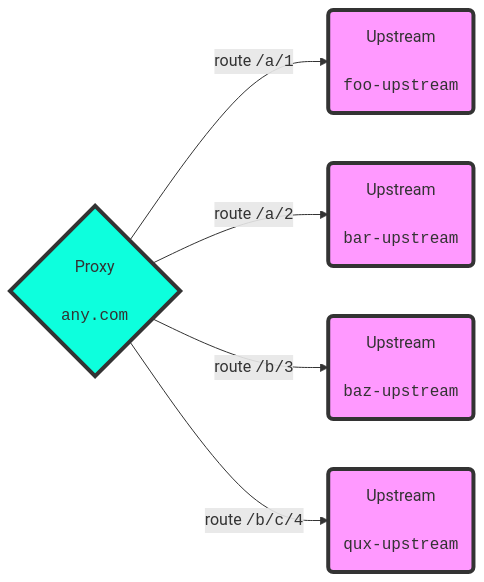
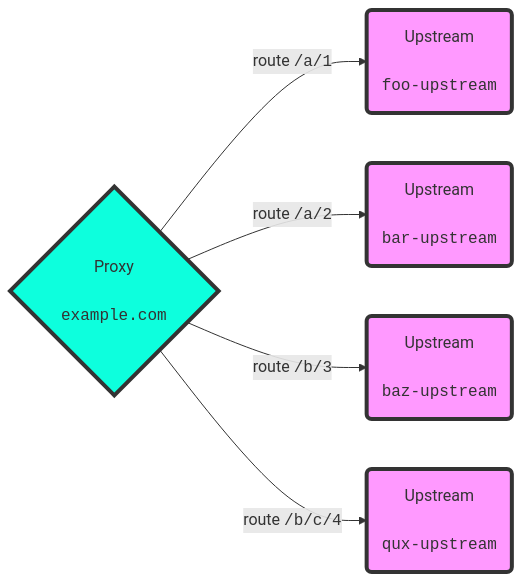
One commit to solo-io/gloo changed the eighth of 10 diagrams in docs/content/gloo_routing/virtual_services/delegation/_index.md. Above: the diagram before and after it, drawn with Mermaid. The commit also changed other lines of this file, not shown here.

First line of the commit message:
Use less ambiguous example values in delegation doc (#2420)

```diff
--- a/docs/content/gloo_routing/virtual_services/delegation/_index.md
+++ b/docs/content/gloo_routing/virtual_services/delegation/_index.md
@@ -292,21 +292,21 @@
 {{<mermaid align="left">}}
 graph LR;
 
-    px{Proxy <br> <br> <code>any.com</code>}
+    px{Proxy <br> <br> <code>example.com</code>}
     
     style px fill:#0DFFDD,stroke:#333,stroke-width:4px
     
     px -->|route <code>/a/1</code> | us1(Upstream <br> <br> <code>foo-upstream</code>)
     
     px -->|route <code>/a/2</code> | us2(Upstream <br> <br> <code>bar-upstream</code>)
     
     px -->|route <code>/b/3</code> | us3(Upstream <br> <br> <code>baz-upstream</code>)
     
     px -->|route <code>/b/c/4</code> | us4(Upstream <br> <br> <code>qux-upstream</code>)
     
      style us1 fill:#f9f,stroke:#333,stroke-width:4px
      style us2 fill:#f9f,stroke:#333,stroke-width:4px
      style us3 fill:#f9f,stroke:#333,stroke-width:4px
      style us4 fill:#f9f,stroke:#333,stroke-width:4px
     
 {{< /mermaid >}}
```
